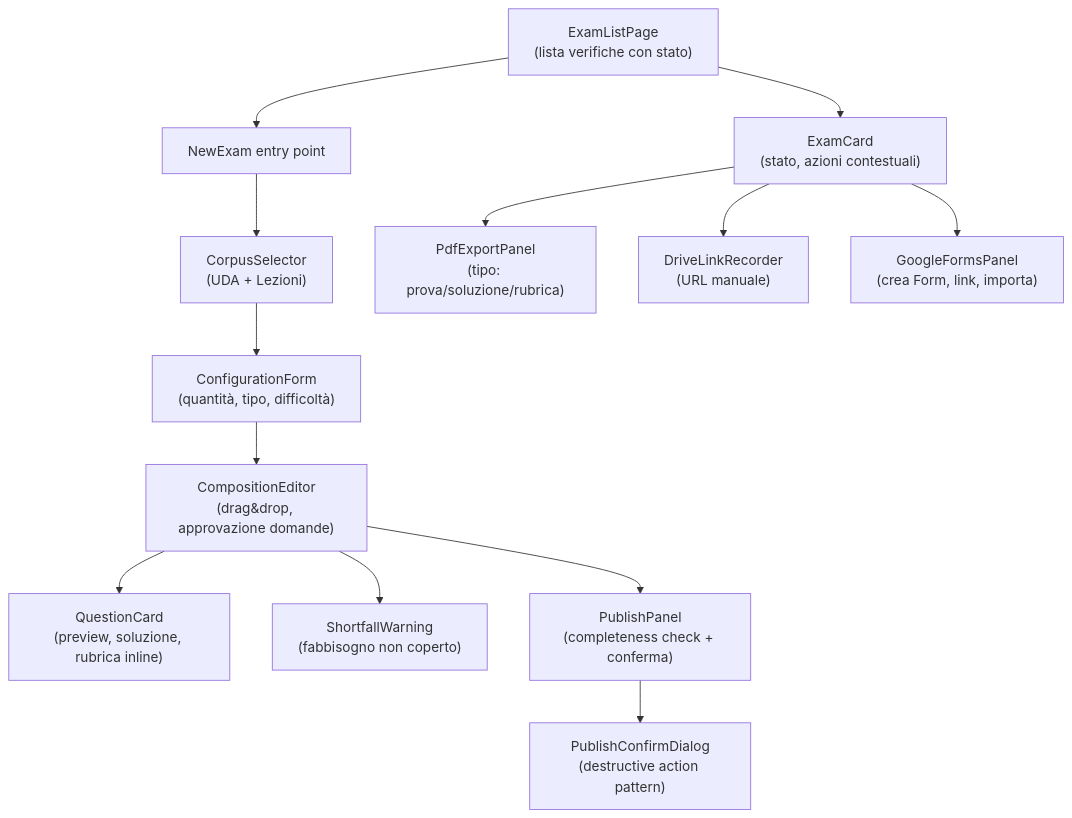
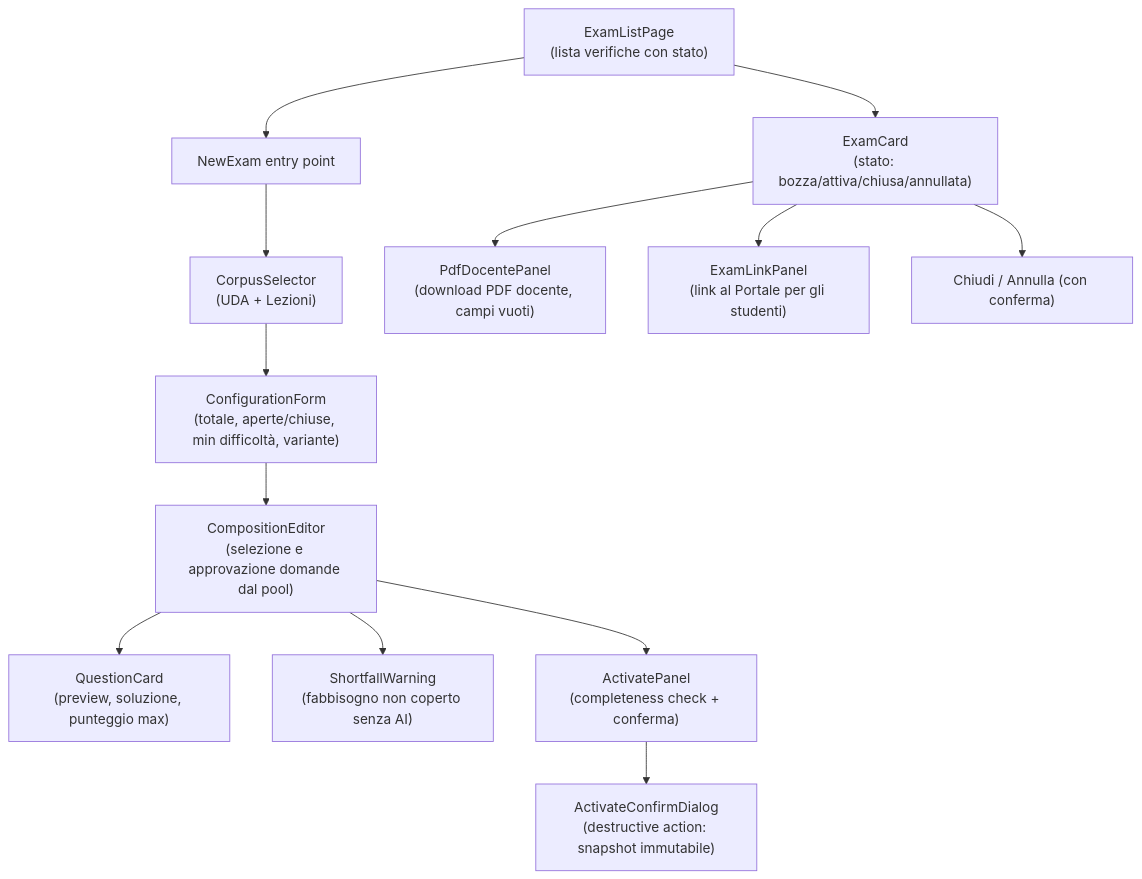
One commit to EnricoPaparo/SchoolForge changed the fourth of 8 diagrams in documentazione/diagrammi/component-frontend.md. Above: the diagram before and after it, drawn with Mermaid. The commit also changed other lines of this file and 7 other files, not shown here.

First line of the commit message:
docs: allinea i 5 diagrammi alla v2.0 e completa il README

````diff
--- a/documentazione/diagrammi/component-frontend.md
+++ b/documentazione/diagrammi/component-frontend.md
@@ -73,19 +77,19 @@
 ```mermaid
 flowchart TD
     ExamListPage["ExamListPage\n(lista verifiche con stato)"]
-    ExamListPage --> ExamCard["ExamCard\n(stato, azioni contestuali)"]
+    ExamListPage --> ExamCard["ExamCard\n(stato: bozza/attiva/chiusa/annullata)"]
     ExamListPage --> NewExamButton["NewExam entry point"]
 
     NewExamButton --> CorpusSelector["CorpusSelector\n(UDA + Lezioni)"]
-    CorpusSelector --> ConfigurationForm["ConfigurationForm\n(quantità, tipo, difficoltà)"]
-    ConfigurationForm --> CompositionEditor["CompositionEditor\n(drag&drop, approvazione domande)"]
-    CompositionEditor --> QuestionCard["QuestionCard\n(preview, soluzione, rubrica inline)"]
-    CompositionEditor --> ShortfallWarning["ShortfallWarning\n(fabbisogno non coperto)"]
+    CorpusSelector --> ConfigurationForm["ConfigurationForm\n(totale, aperte/chiuse, min difficoltà, variante)"]
+    ConfigurationForm --> CompositionEditor["CompositionEditor\n(selezione e approvazione domande dal pool)"]
+    CompositionEditor --> QuestionCard["QuestionCard\n(preview, soluzione, punteggio max)"]
+    CompositionEditor --> ShortfallWarning["ShortfallWarning\n(fabbisogno non coperto senza AI)"]
 
-    CompositionEditor --> PublishPanel["PublishPanel\n(completeness check + conferma)"]
-    PublishPanel --> PublishConfirmDialog["PublishConfirmDialog\n(destructive action pattern)"]
+    CompositionEditor --> ActivatePanel["ActivatePanel\n(completeness check + conferma)"]
+    ActivatePanel --> ActivateConfirmDialog["ActivateConfirmDialog\n(destructive action: snapshot immutabile)"]
 
-    ExamCard --> PdfExportPanel["PdfExportPanel\n(tipo: prova/soluzione/rubrica)"]
-    ExamCard --> DriveLink["DriveLinkRecorder\n(URL manuale)"]
-    ExamCard --> FormsPanel["GoogleFormsPanel\n(crea Form, link, importa)"]
+    ExamCard --> PdfDocentePanel["PdfDocentePanel\n(download PDF docente, campi vuoti)"]
+    ExamCard --> ExamLinkPanel["ExamLinkPanel\n(link al Portale per gli studenti)"]
+    ExamCard --> CloseCancelControls["Chiudi / Annulla (con conferma)"]
 ```
````
